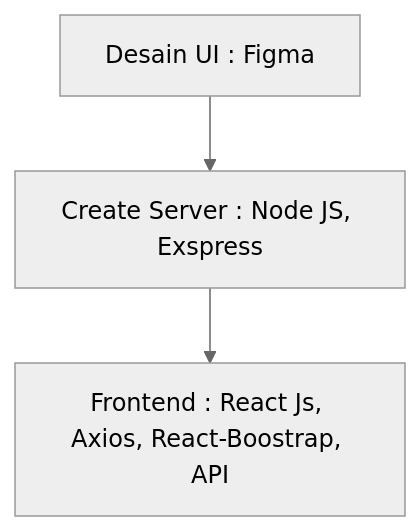
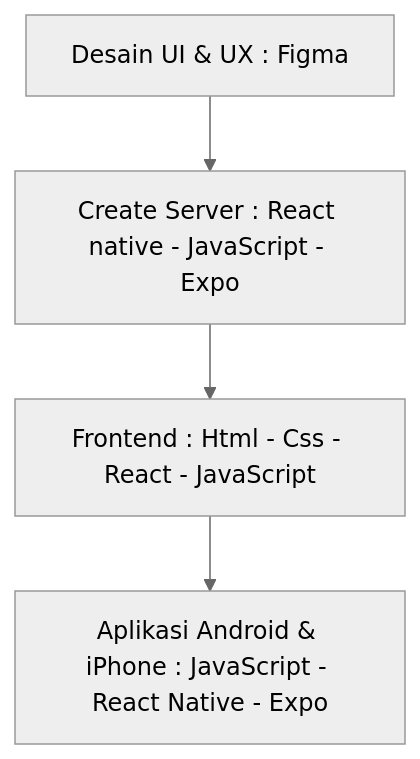
One commit to rhrdianbaihaqi/Nukucoffe.com changed the second of 2 diagrams in README.md. Above: the diagram before and after it, drawn with Mermaid (neutral theme). The commit also changed other lines of this file, not shown here.

````diff
--- a/README.md
+++ b/README.md
@@ -55,6 +77,6 @@
 ```mermaid
 graph TD
-A[Desain UI : Figma] --> B[Create Server : Node JS, Exspress]
-B --> C[Frontend : React Js, Axios, React-Boostrap, API]
+A[Desain UI & UX : Figma] --> B[Create Server : React native - JavaScript - Expo]
+B --> C[Frontend : Html - Css - React - JavaScript] --> D[Aplikasi Android & iPhone : JavaScript - React Native - Expo]
 
 ```
````
